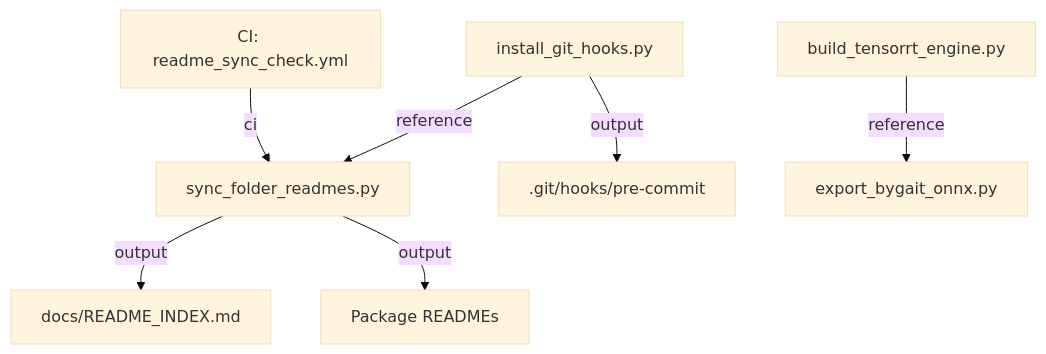
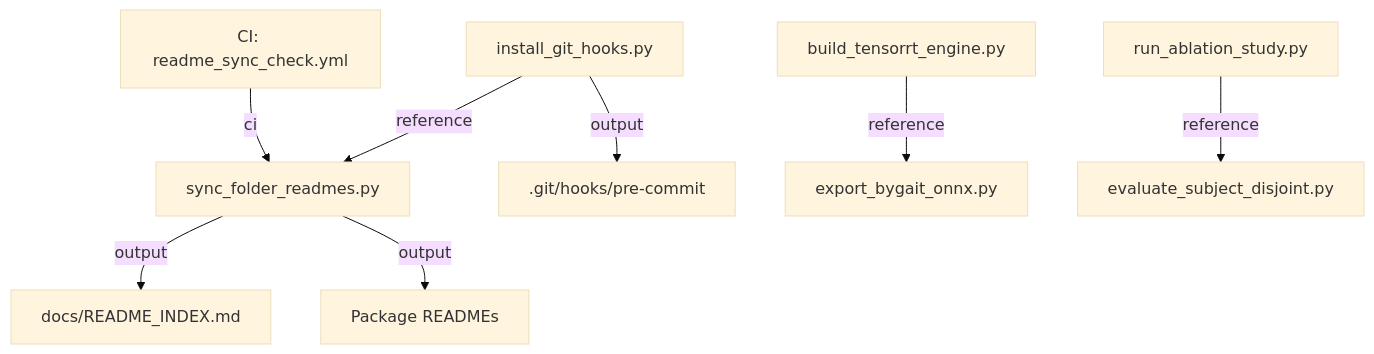
The first of 3 diagrams in scripts/README.md (chanuka8/argus-gait-recognition), drawn with Mermaid (base theme) before and after one commit. The commit also changed other lines of this file and 1 other file, not shown here.

Commit message:
Update README for current ARGUS architecture and evaluation status

````diff
--- a/scripts/README.md
+++ b/scripts/README.md
@@ -692,17 +716,20 @@
 ```mermaid
 flowchart TD
     CI__readme_sync_check_yml["CI: readme_sync_check.yml"]
     sync_folder_readmes_py["sync_folder_readmes.py"]
     CI__readme_sync_check_yml -->|ci| sync_folder_readmes_py
     build_tensorrt_engine_py["build_tensorrt_engine.py"]
     export_bygait_onnx_py["export_bygait_onnx.py"]
     build_tensorrt_engine_py -->|reference| export_bygait_onnx_py
     install_git_hooks_py["install_git_hooks.py"]
     _git_hooks_pre_commit[".git/hooks/pre-commit"]
     install_git_hooks_py -->|output| _git_hooks_pre_commit
     install_git_hooks_py -->|reference| sync_folder_readmes_py
+    run_ablation_study_py["run_ablation_study.py"]
+    evaluate_subject_disjoint_py["evaluate_subject_disjoint.py"]
+    run_ablation_study_py -->|reference| evaluate_subject_disjoint_py
     Package_READMEs["Package READMEs"]
     sync_folder_readmes_py -->|output| Package_READMEs
     docs_README_INDEX_md["docs/README_INDEX.md"]
     sync_folder_readmes_py -->|output| docs_README_INDEX_md
 ```
````
